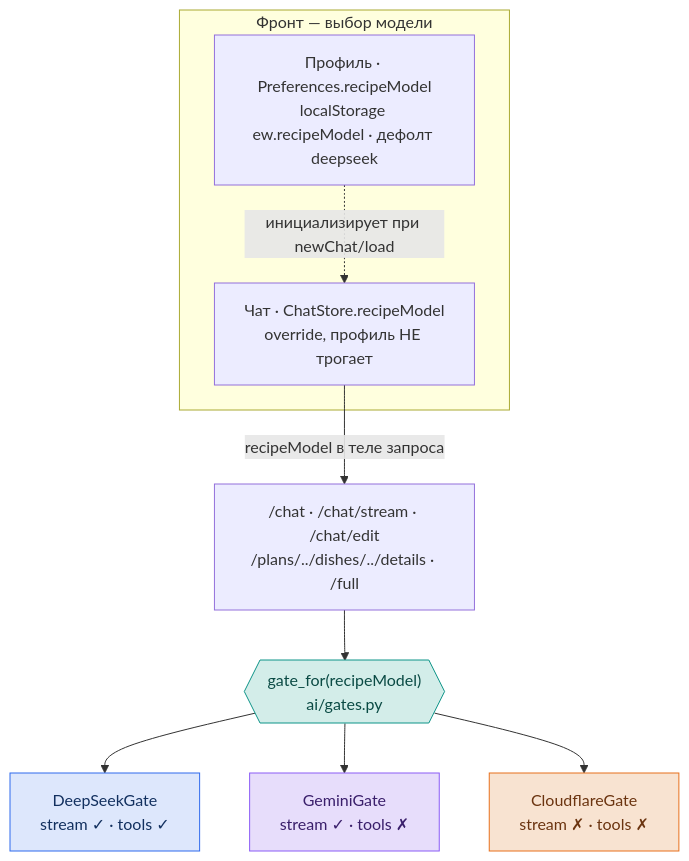
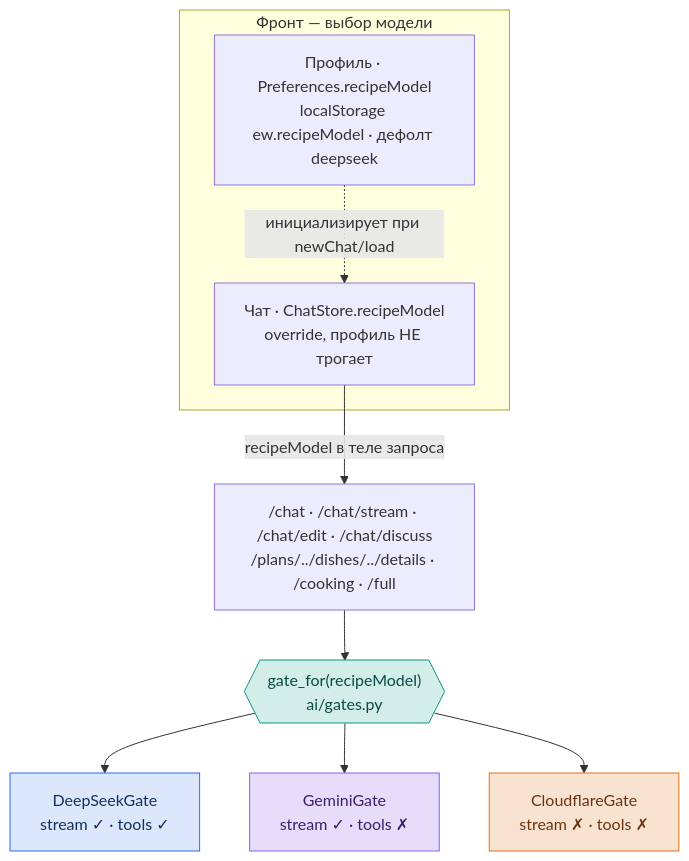
The first of 4 diagrams in docs/ARCHITECTURE.md (khripunovpp/easy-week), drawn with Mermaid before and after one commit. The commit also changed other lines of this file, not shown here.

````diff
--- a/docs/ARCHITECTURE.md
+++ b/docs/ARCHITECTURE.md
@@ -20,19 +20,19 @@
 ```mermaid
 flowchart TD
   subgraph FE["Фронт — выбор модели"]
     P["Профиль · Preferences.recipeModel<br/>localStorage ew.recipeModel · дефолт deepseek"]
     C["Чат · ChatStore.recipeModel<br/>override, профиль НЕ трогает"]
     P -. "инициализирует при newChat/load" .-> C
   end
-  C -- "recipeModel в теле запроса" --> API["/chat · /chat/stream · /chat/edit<br/>/plans/../dishes/../details · /full"]
+  C -- "recipeModel в теле запроса" --> API["/chat · /chat/stream · /chat/edit · /chat/discuss<br/>/plans/../dishes/../details · /cooking · /full"]
   API --> GF{{"gate_for(recipeModel)<br/>ai/gates.py"}}
   GF --> DS["DeepSeekGate<br/>stream ✓ · tools ✓"]
   GF --> GM["GeminiGate<br/>stream ✓ · tools ✗"]
   GF --> CF["CloudflareGate<br/>stream ✗ · tools ✗"]
 
   classDef ds fill:#dde7fc,stroke:#2f6bed,color:#12305f;
   classDef gm fill:#e7ddfb,stroke:#8b5cf6,color:#3a1f6b;
   classDef cf fill:#f8e3d1,stroke:#e8701d,color:#6b3410;
   classDef sys fill:#d3ede9,stroke:#0d9488,color:#0a4a44;
   class DS ds; class GM gm; class CF cf; class GF sys;
 ```
````
